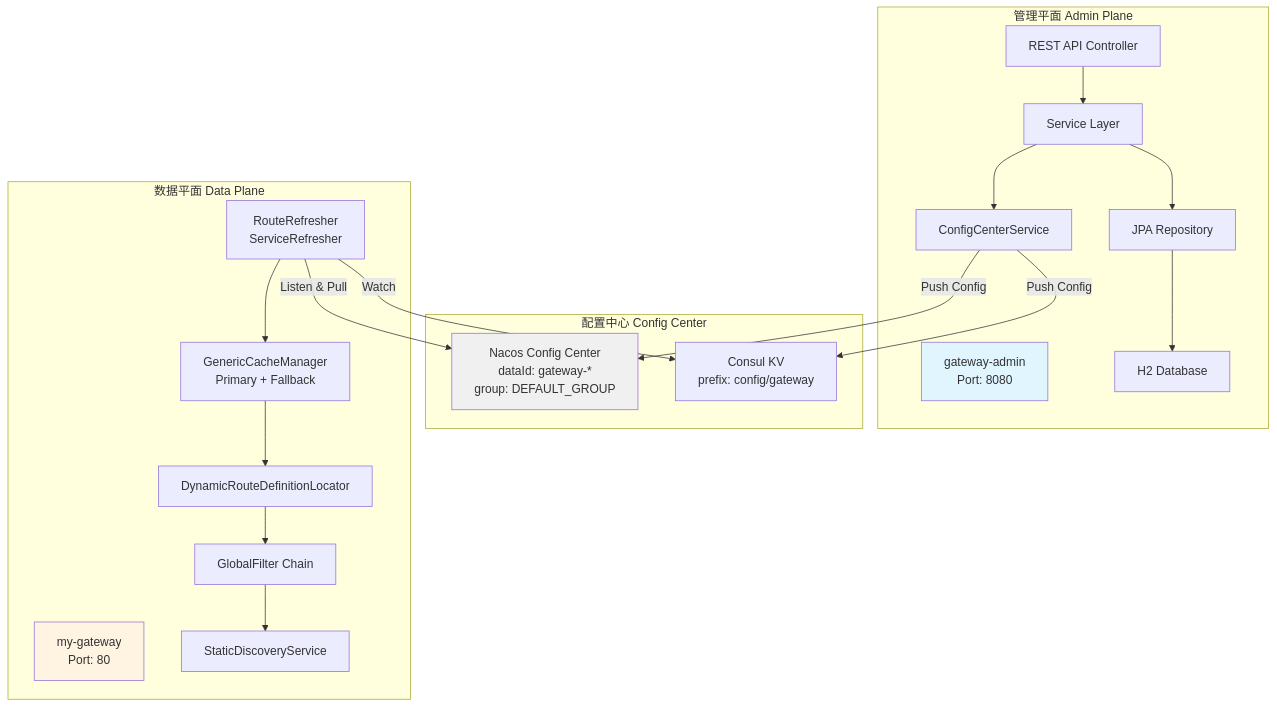
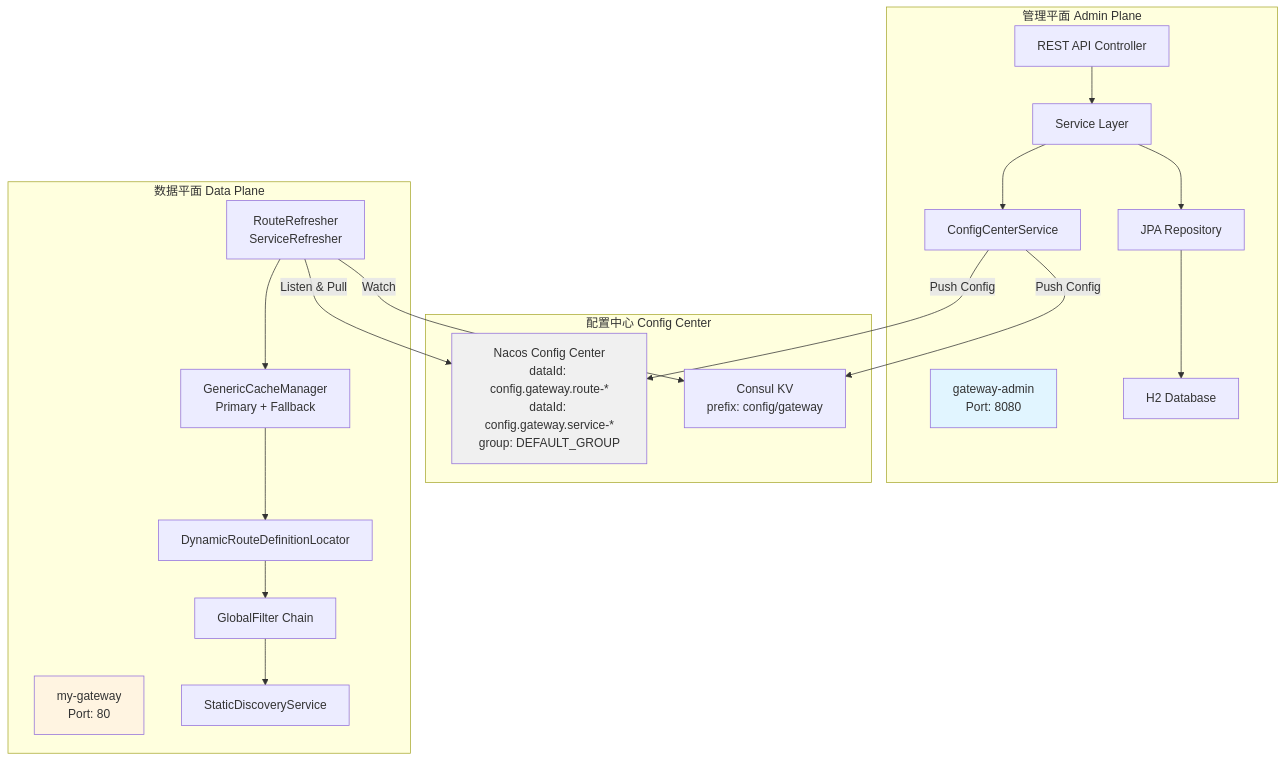
The first of 12 diagrams in blog-scg-gateway-introduction.md (leoli5695/scg-dynamic-admin), drawn with Mermaid before and after one commit. The commit also changed other lines of this file, not shown here.

First line of the commit message:
docs(blog): Fix Nacos dataId format to match actual implementation

````diff
--- a/blog-scg-gateway-introduction.md
+++ b/blog-scg-gateway-introduction.md
@@ -63,44 +63,44 @@
 ```mermaid
 graph TB
     subgraph "管理平面 Admin Plane"
         A1["gateway-admin\nPort: 8080"]
         A2["REST API Controller"]
         A3["Service Layer"]
         A4["JPA Repository"]
         A5["H2 Database"]
         A6["ConfigCenterService"]
         
         A2 --> A3
         A3 --> A4
         A4 --> A5
         A3 --> A6
     end
     
     subgraph "配置中心 Config Center"
-        B1["Nacos Config Center\ndataId: gateway-*\ngroup: DEFAULT_GROUP"]
+        B1["Nacos Config Center\ndataId: config.gateway.route-*\ndataId: config.gateway.service-*\ngroup: DEFAULT_GROUP"]
         B2["Consul KV\nprefix: config/gateway"]
     end
     
     subgraph "数据平面 Data Plane"
         C1["my-gateway\nPort: 80"]
         C2["RouteRefresher\nServiceRefresher"]
         C3["GenericCacheManager\nPrimary + Fallback"]
         C4["DynamicRouteDefinitionLocator"]
         C5["GlobalFilter Chain"]
         C6["StaticDiscoveryService"]
         
         C2 --> C3
         C3 --> C4
         C4 --> C5
         C5 --> C6
     end
     
     A6 -->|Push Config| B1
     A6 -->|Push Config| B2
     C2 -->|Listen & Pull| B1
     C2 -->|Watch| B2
     
     style A1 fill:#e1f5ff
     style C1 fill:#fff4e1
     style B1 fill:#f0f0f0
 ```
````
